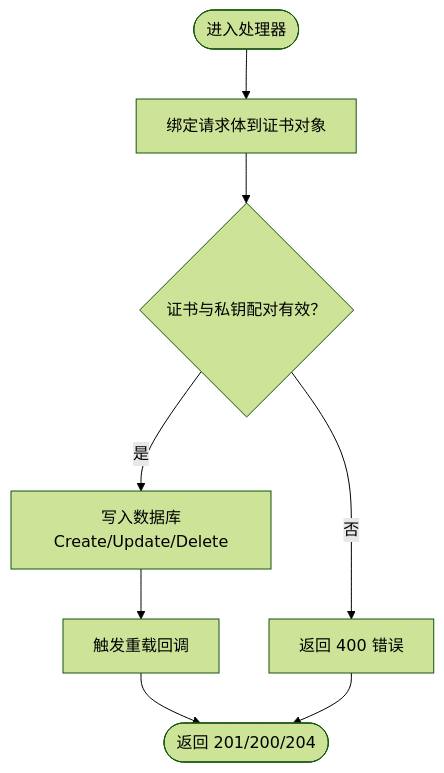
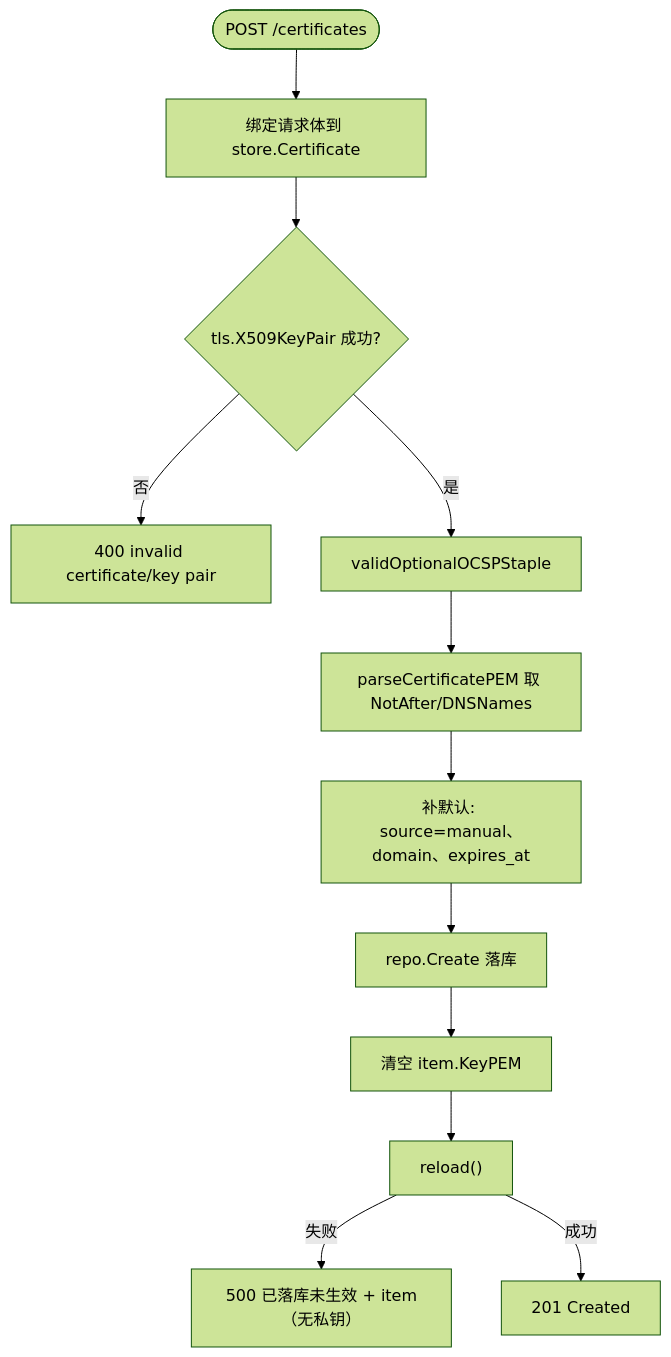
Before and after one commit to x01n/My-OpenWaf: the fourth of 8 diagrams in docs/管理 API 系统/证书管理 API.md, drawn with Mermaid (forest theme). The commit also changed other lines of this file and 622 other files, not shown here.

````diff
--- a/docs/管理 API 系统/证书管理 API.md
+++ b/docs/管理 API 系统/证书管理 API.md
@@ -176,10 +343,14 @@
 ```mermaid
 flowchart TD
-Start(["进入处理器"]) --> Bind["绑定请求体到证书对象"]
-Bind --> Validate{"证书与私钥配对有效？"}
-Validate --> |否| Err["返回 400 错误"]
-Validate --> |是| Persist["写入数据库Create/Update/Delete"]
-Persist --> Reload["触发重载回调"]
-Reload --> Done(["返回 201/200/204"])
-Err --> Done
+S(["POST /certificates"]) --> B["绑定请求体到 store.Certificate"]
+B --> K{"tls.X509KeyPair 成功?"}
+K --> |否| E400["400 invalid certificate/key pair"]
+K --> |是| O["validOptionalOCSPStaple"]
+O --> P["parseCertificatePEM 取 NotAfter/DNSNames"]
+P --> D["补默认: source=manual、domain、expires_at"]
+D --> W["repo.Create 落库"]
+W --> R["清空 item.KeyPEM"]
+R --> L["reload()"]
+L --> |失败| E500["500 已落库未生效 + item（无私钥）"]
+L --> |成功| OK["201 Created"]
 ```
````
